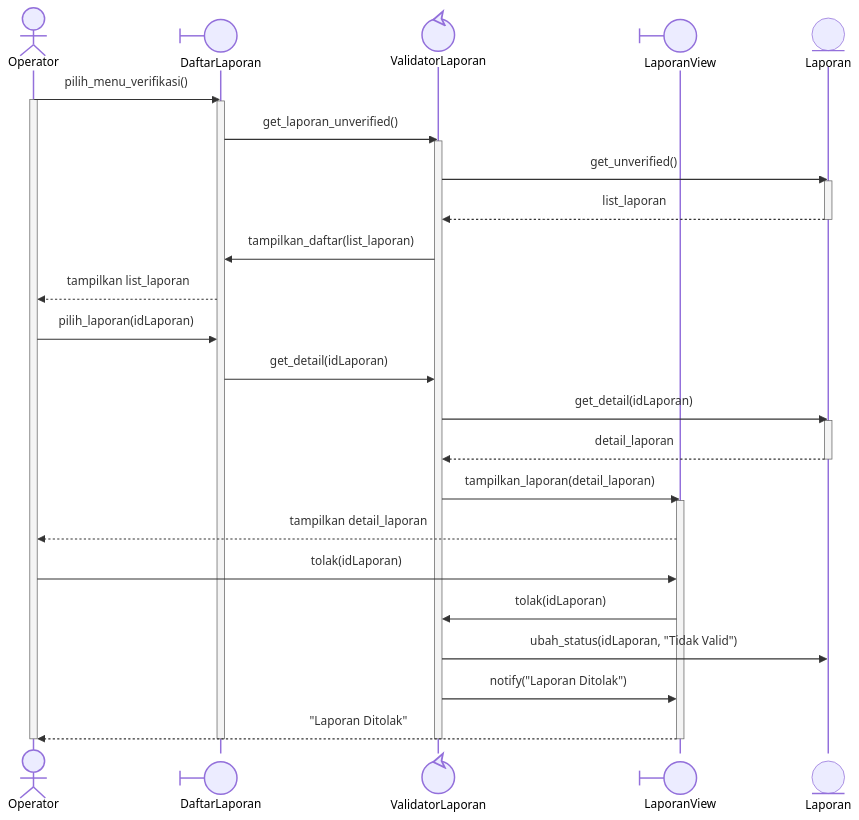
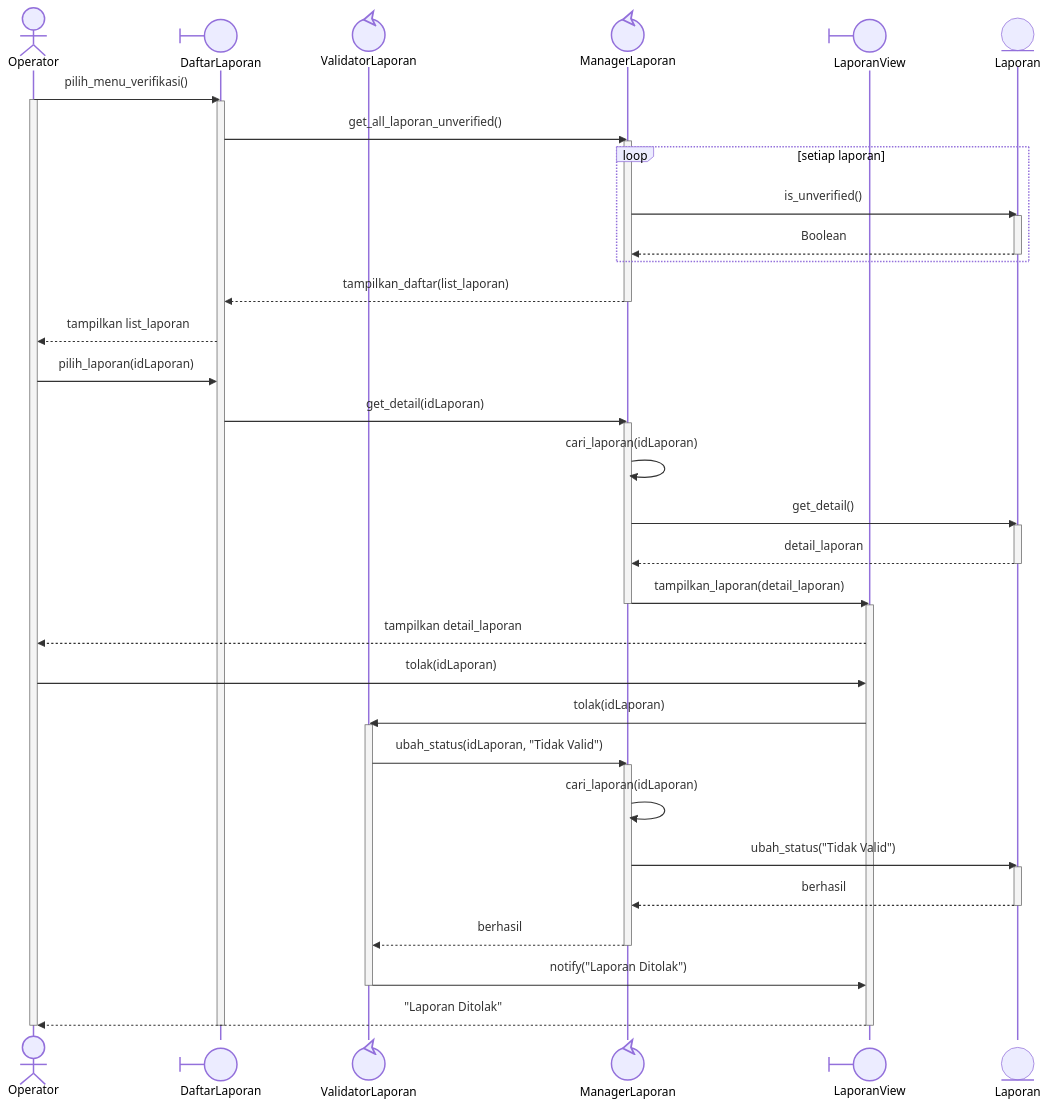
One commit to star-scripter/IF2150-RPL-K03-G02 changed diagram 11 of 29 in docs/M8/K03_G02_DPPL2.md. Above: the diagram before and after it, drawn with Mermaid. The commit also changed other lines of this file, not shown here.

````diff
--- a/docs/M8/K03_G02_DPPL2.md
+++ b/docs/M8/K03_G02_DPPL2.md
@@ -637,42 +654,58 @@
 ```mermaid
 %%{init: {'themeCSS': '.actor-line { stroke-dasharray: 4, 4; }'}}%%
 sequenceDiagram
     actor O as Operator
     participant DL@{"type":"boundary"} as DaftarLaporan
     participant VL@{"type":"control"} as ValidatorLaporan
+    participant ML@{"type":"control"} as ManagerLaporan
     participant LV@{"type":"boundary"} as LaporanView
     participant L@{"type":"entity"} as Laporan
 
     O->>DL: pilih_menu_verifikasi()
     activate O
     activate DL
-    DL->>VL: get_laporan_unverified()
-    activate VL
-    VL->>L: get_unverified()
-    activate L
-    L-->>VL: list_laporan
-    deactivate L
-    VL->>DL: tampilkan_daftar(list_laporan)
+    DL->>ML: get_all_laporan_unverified()
+    activate ML
+    loop setiap laporan
+        ML->>L: is_unverified()
+        activate L
+        L-->>ML: Boolean
+        deactivate L
+    end
+    ML-->>DL: tampilkan_daftar(list_laporan)
+    deactivate ML
     DL-->>O: tampilkan list_laporan
     
     O->>DL: pilih_laporan(idLaporan)
-    DL->>VL: get_detail(idLaporan)
-    VL->>L: get_detail(idLaporan)
+    DL->>ML: get_detail(idLaporan)
+    activate ML
+    ML->>ML: cari_laporan(idLaporan)
+    ML->>L: get_detail()
     activate L
-    L-->>VL: detail_laporan
+    L-->>ML: detail_laporan
     deactivate L
-    VL->>LV: tampilkan_laporan(detail_laporan)
+    ML->>LV: tampilkan_laporan(detail_laporan)
+    deactivate ML
     activate LV
     LV-->>O: tampilkan detail_laporan
     
     O->>LV: tolak(idLaporan)
     LV->>VL: tolak(idLaporan)
-    VL->>L: ubah_status(idLaporan, "Tidak Valid")
+    activate VL
+    VL->>ML: ubah_status(idLaporan, "Tidak Valid")
+    activate ML
+    ML->>ML: cari_laporan(idLaporan)
+    ML->>L: ubah_status("Tidak Valid")
+    activate L
+    L-->>ML: berhasil
+    deactivate L
+    ML-->>VL: berhasil
+    deactivate ML
     VL->>LV: notify("Laporan Ditolak")
+    deactivate VL
     LV-->>O: "Laporan Ditolak"
     
     deactivate LV
-    deactivate VL
     deactivate DL
     deactivate O
 ```
````
